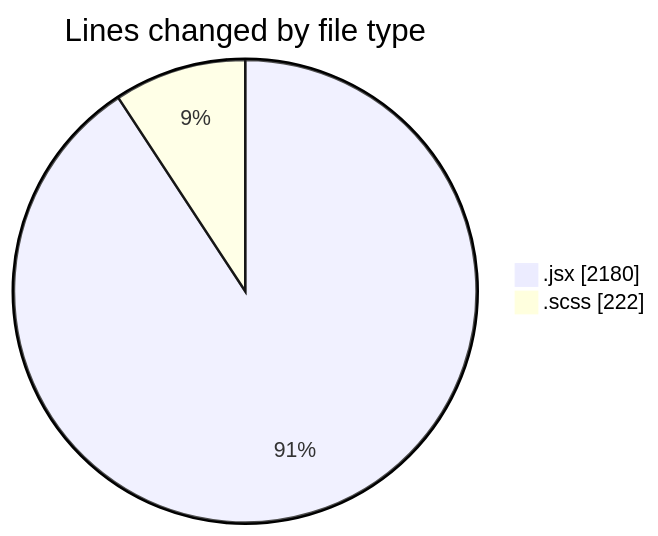
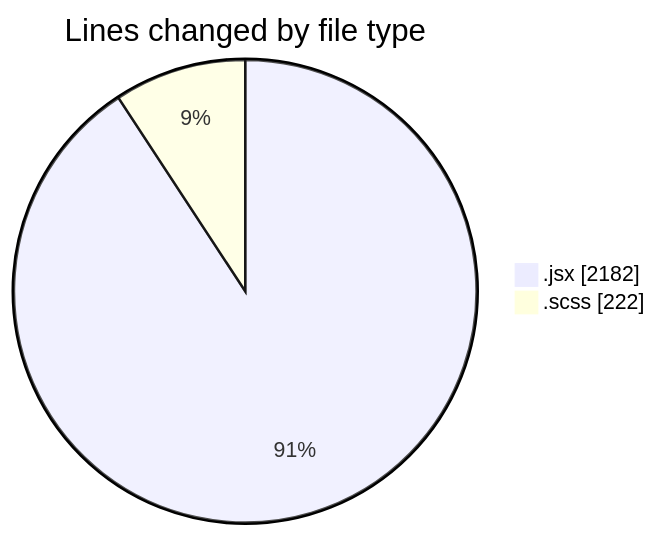
The first of 2 diagrams in 2026-09-02/cda/README.md (momahboobian/code-tracking), drawn with Mermaid before and after one commit. The commit also changed other lines of this file and 1 other file, not shown here.

````diff
--- a/2026-09-02/cda/README.md
+++ b/2026-09-02/cda/README.md
@@ -27,6 +27,6 @@
 ```mermaid
 pie showData
 title Lines changed by file type
-".jsx" : 2180
+".jsx" : 2182
 ".scss" : 222
 ```
````
